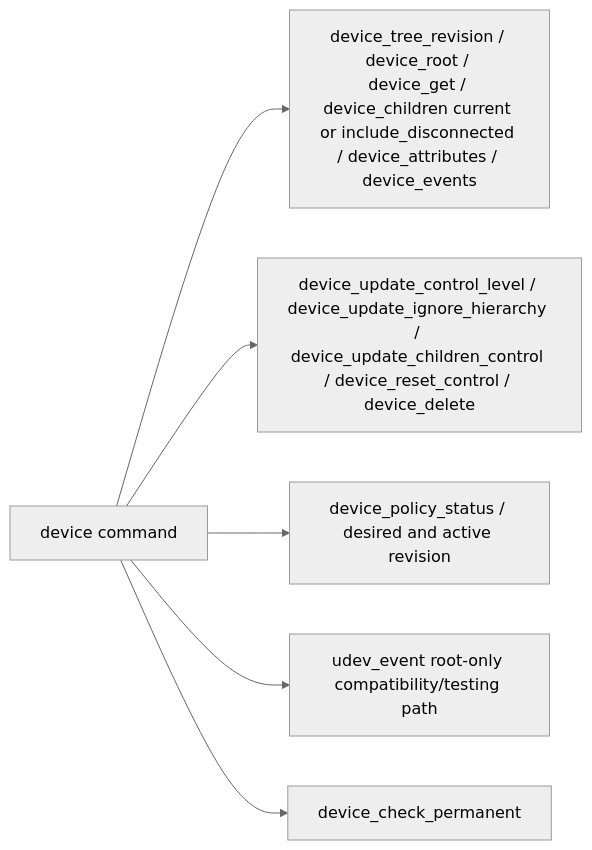
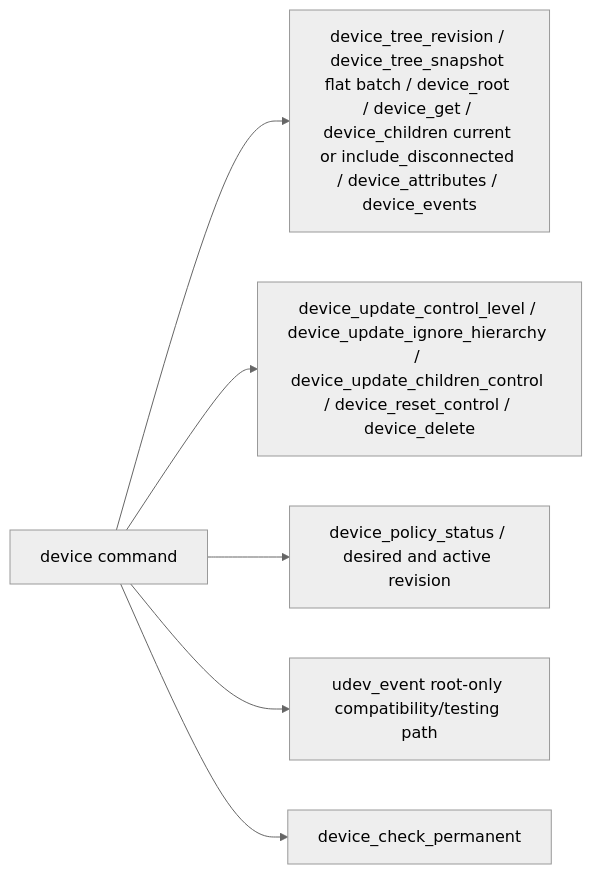
Before and after one commit to RevoltStar/FIC: the sixth of 20 diagrams in docs/architecture-diagrams.md, drawn with Mermaid (neutral theme). The commit also changed other lines of this file and 11 other files, not shown here.

````diff
--- a/docs/architecture-diagrams.md
+++ b/docs/architecture-diagrams.md
@@ -271,9 +271,9 @@
 ```mermaid
 flowchart LR
     deviceCommands[device command]
-    deviceCommands --> read[device_tree_revision / device_root / device_get / device_children current or include_disconnected / device_attributes / device_events]
+    deviceCommands --> read[device_tree_revision / device_tree_snapshot flat batch / device_root / device_get / device_children current or include_disconnected / device_attributes / device_events]
     deviceCommands --> mutate[device_update_control_level / device_update_ignore_hierarchy / device_update_children_control / device_reset_control / device_delete]
     deviceCommands --> policyStatus[device_policy_status / desired and active revision]
     deviceCommands --> compat[udev_event root-only compatibility/testing path]
     deviceCommands --> permanent[device_check_permanent]
 ```
````
